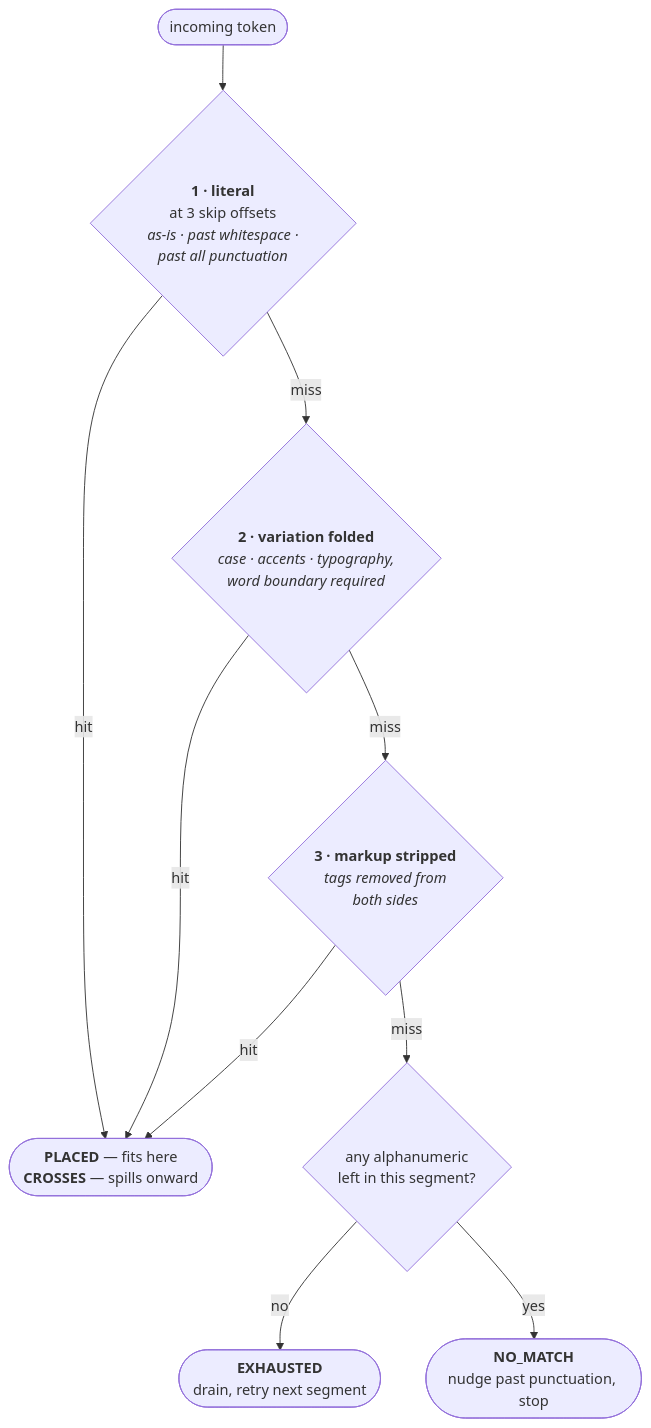
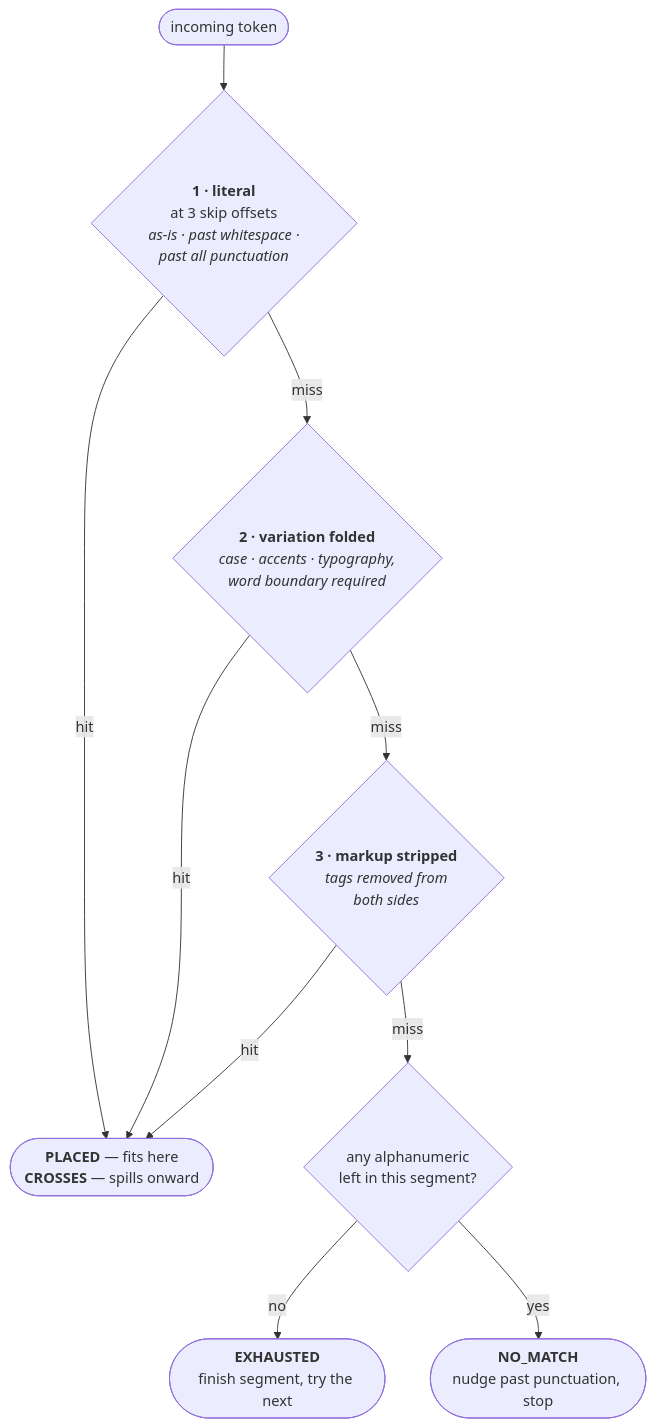
Before and after one commit to pipecat-ai/pipecat: the diagram in docs/architecture/text-segment-map.md, drawn with Mermaid. The commit also changed other lines of this file, not shown here.

````diff
--- a/docs/architecture/text-segment-map.md
+++ b/docs/architecture/text-segment-map.md
@@ -260,21 +298,21 @@
 ```mermaid
 flowchart TD
     W(["incoming token"]) --> S1
 
     S1{"<b>1 · literal</b><br/>at 3 skip offsets<br/><i>as-is · past whitespace ·<br/>past all punctuation</i>"}
     S1 -->|hit| R
     S1 -->|miss| S2
 
     S2{"<b>2 · variation folded</b><br/><i>case · accents · typography,<br/>word boundary required</i>"}
     S2 -->|hit| R
     S2 -->|miss| S3
 
     S3{"<b>3 · markup stripped</b><br/><i>tags removed from<br/>both sides</i>"}
     S3 -->|hit| R
     S3 -->|miss| ST
 
     R(["<b>PLACED</b> — fits here<br/><b>CROSSES</b> — spills onward"])
     ST{"any alphanumeric<br/>left in this segment?"}
-    ST -->|no| EX(["<b>EXHAUSTED</b><br/>drain, retry next segment"])
+    ST -->|no| EX(["<b>EXHAUSTED</b><br/>finish segment, try the next"])
     ST -->|yes| NM(["<b>NO_MATCH</b><br/>nudge past punctuation, stop"])
 ```
````
